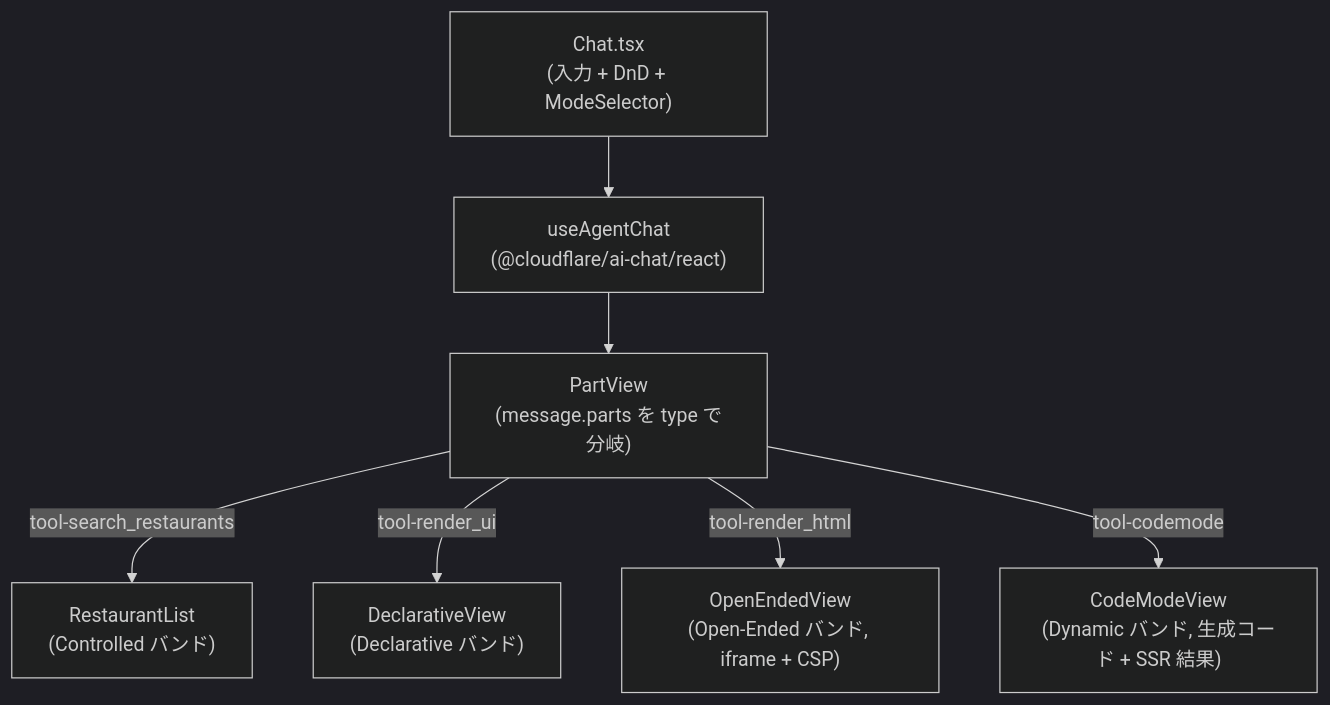
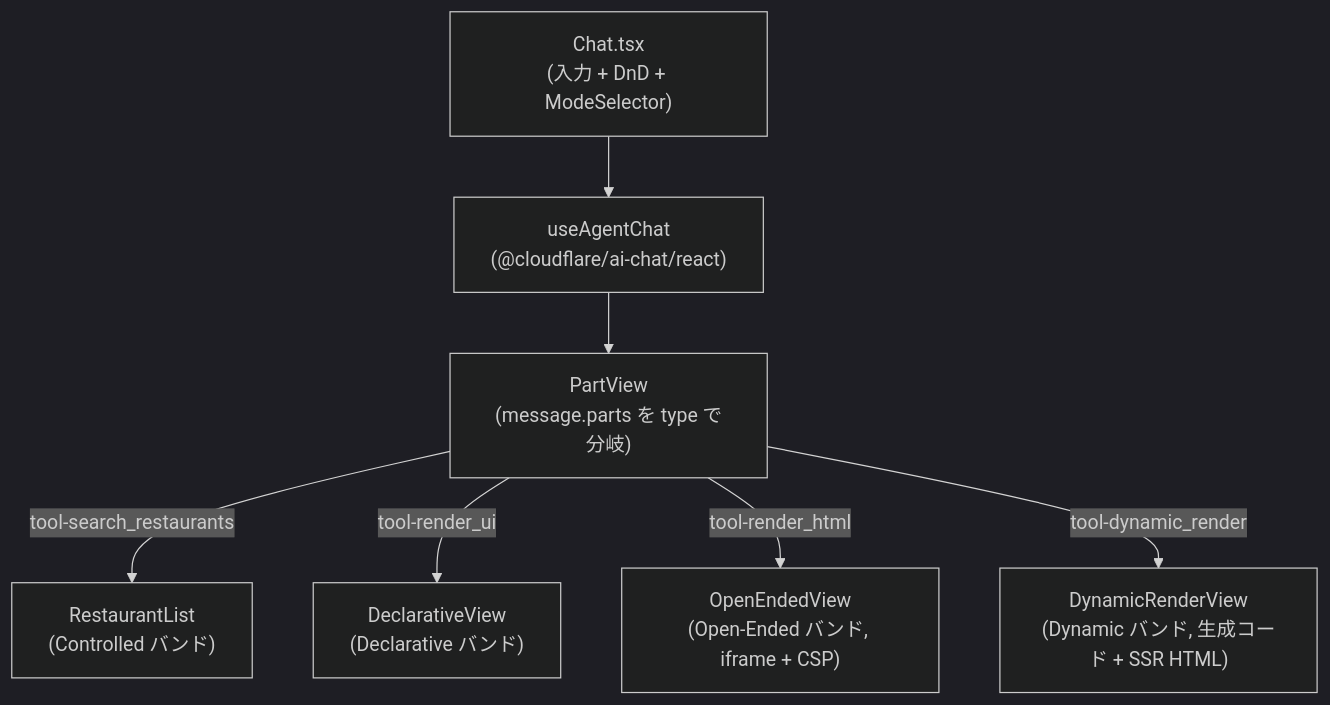
One commit to yusukebe/generative-ui-playground changed the second of 5 diagrams in README.md. Above: the diagram before and after it, drawn with Mermaid (dark theme). The commit also changed other lines of this file and 1 other file, not shown here.

First line of the commit message:
docs: README / AGENTS.md を最新の Dynamic 実装に合わせて更新

````diff
--- a/README.md
+++ b/README.md
@@ -88,9 +88,9 @@
 ```mermaid
 flowchart TB
   Chat["Chat.tsx<br/>(入力 + DnD + ModeSelector)"] --> Hook["useAgentChat<br/>(@cloudflare/ai-chat/react)"]
   Hook --> PartView["PartView<br/>(message.parts を type で分岐)"]
   PartView -->|tool-search_restaurants| RList["RestaurantList<br/>(Controlled バンド)"]
   PartView -->|tool-render_ui| DV["DeclarativeView<br/>(Declarative バンド)"]
   PartView -->|tool-render_html| OEV["OpenEndedView<br/>(Open-Ended バンド, iframe + CSP)"]
-  PartView -->|tool-codemode| CMV["CodeModeView<br/>(Dynamic バンド, 生成コード + SSR 結果)"]
+  PartView -->|tool-dynamic_render| DRV["DynamicRenderView<br/>(Dynamic バンド, 生成コード + SSR HTML)"]
 ```
````
